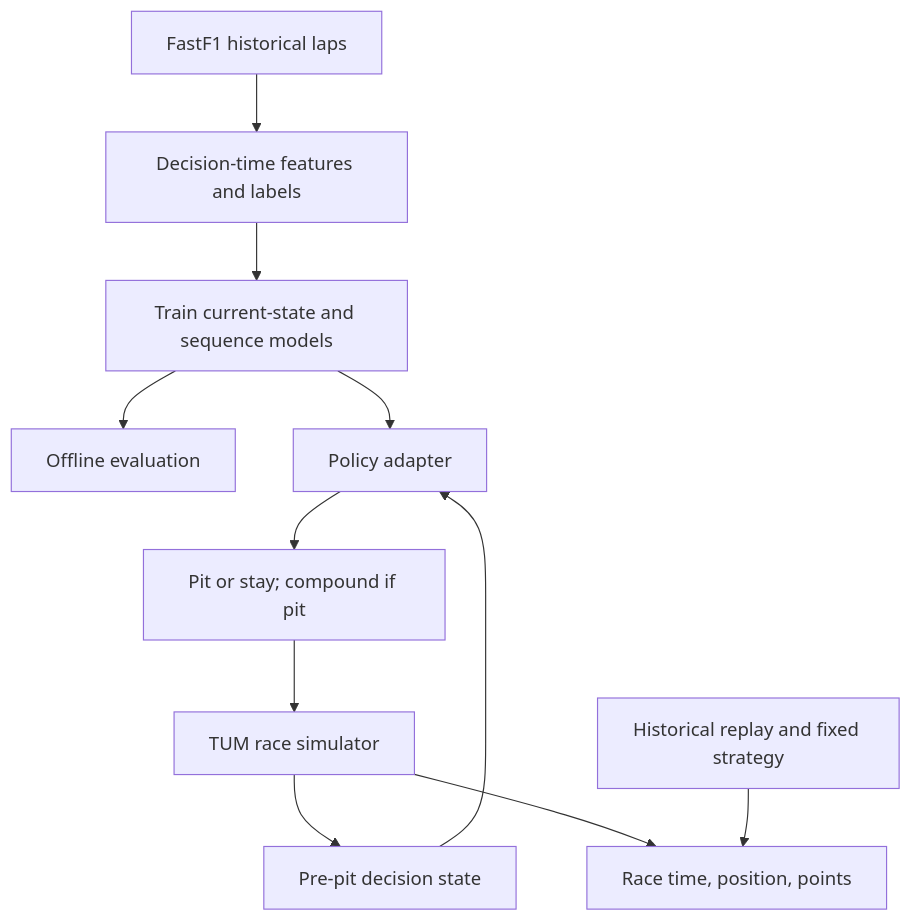
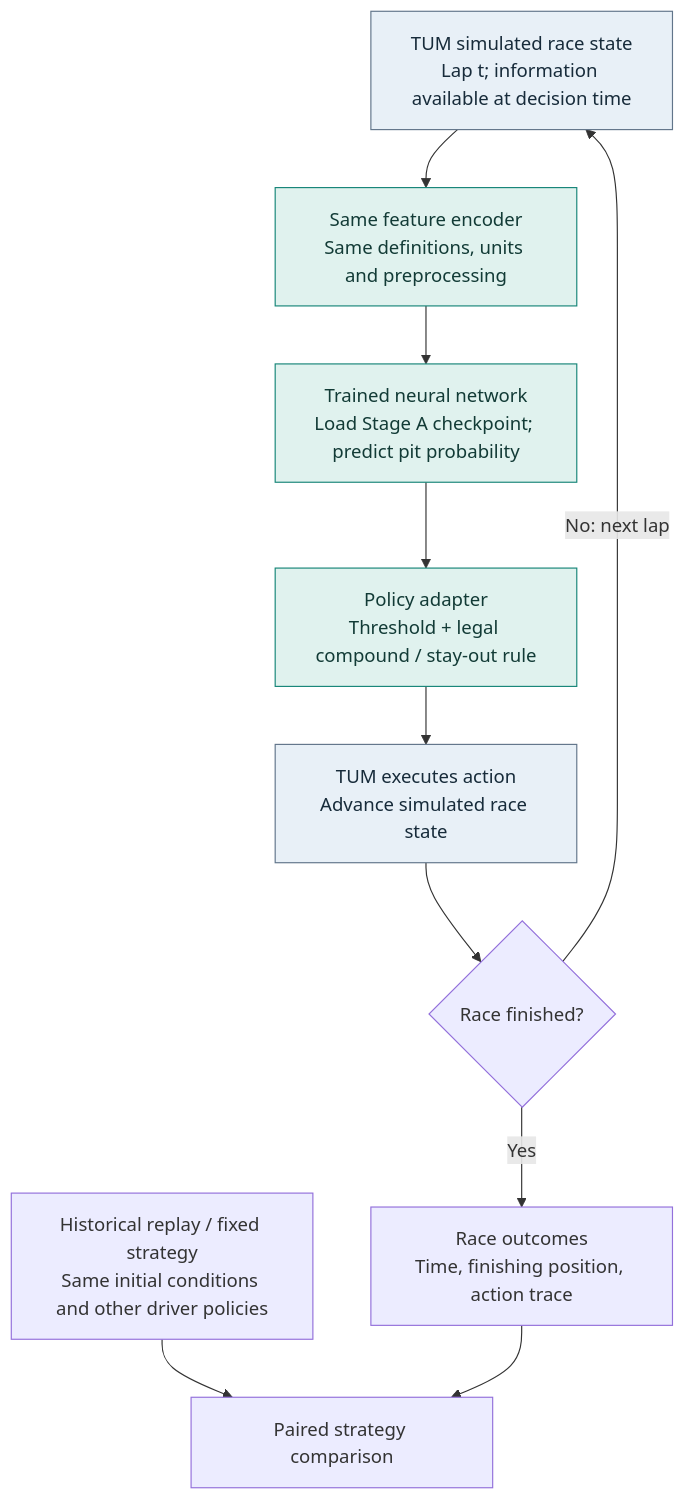
One commit to hitotoro24/cs682-f1-meets-ai changed the second of 2 diagrams in README.md. Above: the diagram before and after it, drawn with Mermaid. The commit also changed other lines of this file, not shown here.

Commit message:
docs: clarify training and simulation architecture and verified project status

````diff
--- a/README.md
+++ b/README.md
@@ -13,13 +34,16 @@
 ```mermaid
 flowchart TD
-    A[FastF1 historical laps] --> B[Decision-time features and labels]
-    B --> C[Train current-state and sequence models]
-    C --> D[Offline evaluation]
-    C --> E[Policy adapter]
-    F[TUM race simulator] --> G[Pre-pit decision state]
-    G --> E
-    E --> H[Pit or stay; compound if pit]
-    H --> F
-    F --> I[Race time, position, points]
-    J[Historical replay and fixed strategy] --> I
+    A["TUM simulated race state<br/>Lap t; information available at decision time"] --> B["Same feature encoder<br/>Same definitions, units and preprocessing"]
+    B --> C["Trained neural network<br/>Load Stage A checkpoint; predict pit probability"]
+    C --> D["Policy adapter<br/>Threshold + legal compound / stay-out rule"]
+    D --> E["TUM executes action<br/>Advance simulated race state"]
+    E --> F{"Race finished?"}
+    F -->|No: next lap| A
+    F -->|Yes| G["Race outcomes<br/>Time, finishing position, action trace"]
+    H["Historical replay / fixed strategy<br/>Same initial conditions and other driver policies"] --> I["Paired strategy comparison"]
+    G --> I
+    classDef sim fill:#e8f0f7,stroke:#61758a,color:#172b3a
+    classDef model fill:#e0f2ee,stroke:#168578,color:#123b36
+    class A,E sim
+    class B,C,D model
 ```
````
